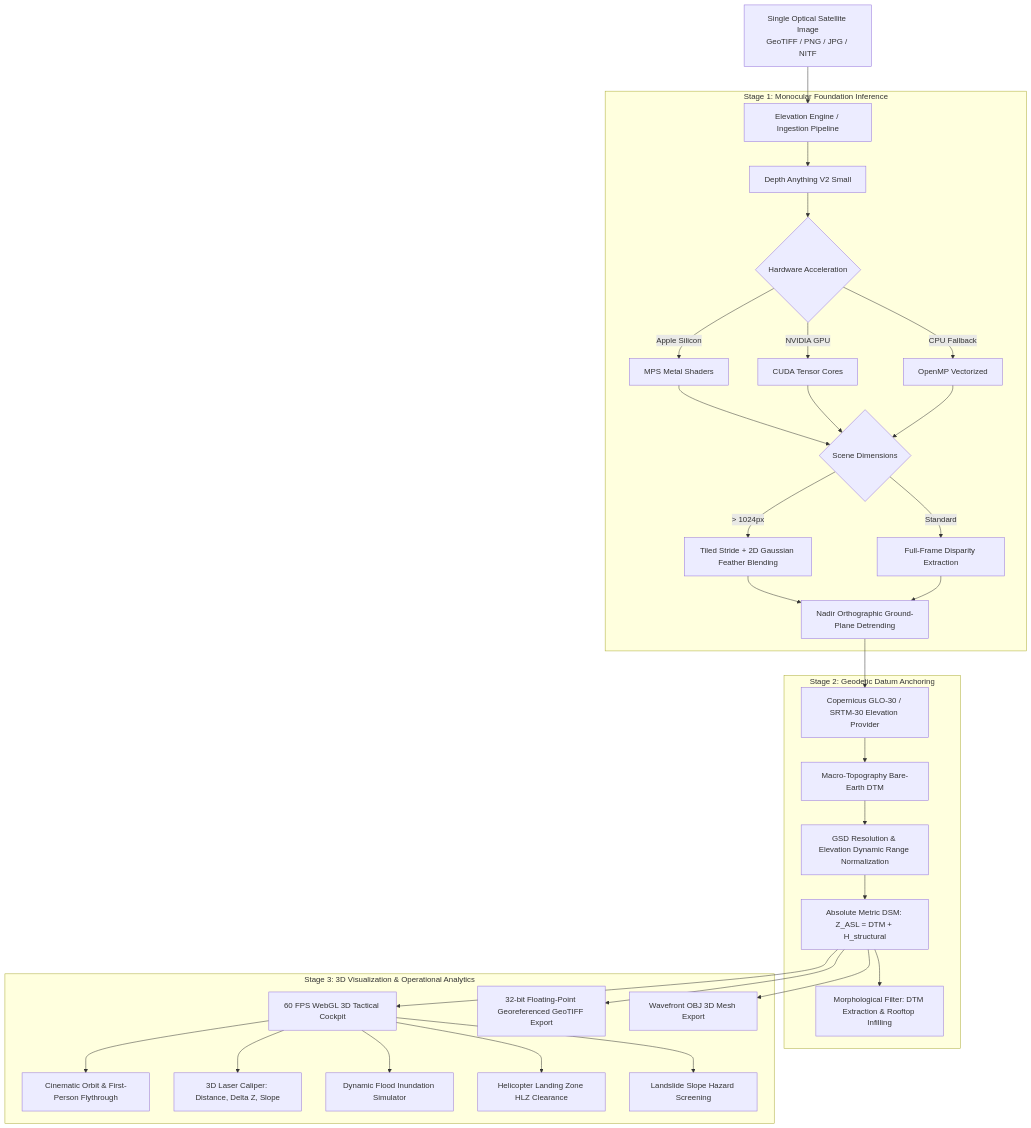
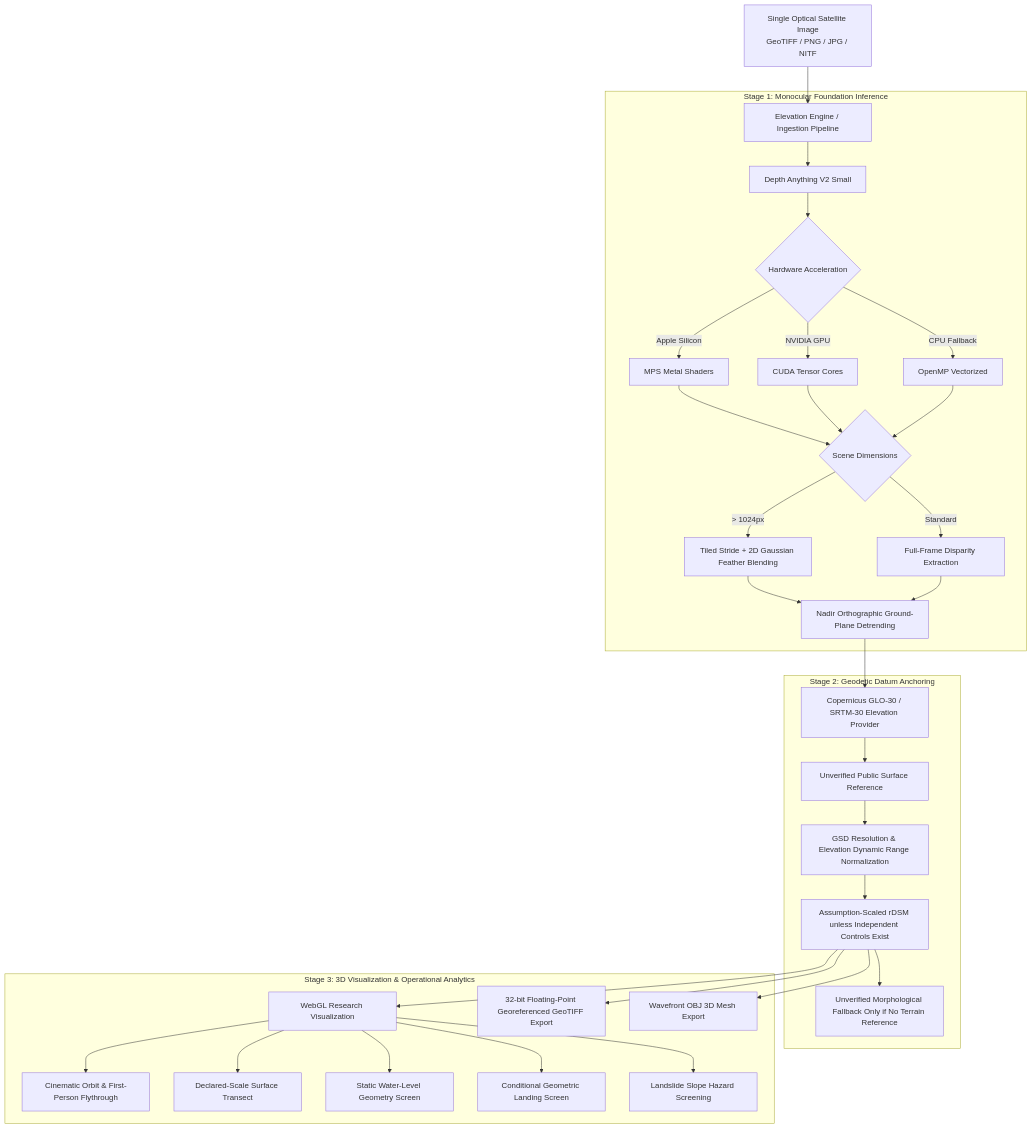
One commit to prudhviraj0310/SIH26175-ISRO-DepthWizard changed the diagram in README.md. Above: the diagram before and after it, drawn with Mermaid. The commit also changed other lines of this file and 21 other files, not shown here.

First line of the commit message:
feat(elevation,terrain): robust IRLS calibration, LOD-1 extraction, and full regression test suite (95/95 passed)

````diff
--- a/README.md
+++ b/README.md
@@ -37,35 +34,35 @@
 ```mermaid
 graph TD
     A[Single Optical Satellite Image<br/>GeoTIFF / PNG / JPG / NITF] --> B[Elevation Engine / Ingestion Pipeline]
     
     subgraph Monocular_Backbone [Stage 1: Monocular Foundation Inference]
         B --> C[Depth Anything V2 Small]
         C --> D{Hardware Acceleration}
         D -->|Apple Silicon| D1[MPS Metal Shaders]
         D -->|NVIDIA GPU| D2[CUDA Tensor Cores]
         D -->|CPU Fallback| D3[OpenMP Vectorized]
         D1 & D2 & D3 --> E{Scene Dimensions}
         E -->|> 1024px| F[Tiled Stride + 2D Gaussian Feather Blending]
         E -->|Standard| G[Full-Frame Disparity Extraction]
         F & G --> H[Nadir Orthographic Ground-Plane Detrending]
     end
 
     subgraph Geodetic_Calibration [Stage 2: Geodetic Datum Anchoring]
         H --> I[Copernicus GLO-30 / SRTM-30 Elevation Provider]
-        I --> J[Macro-Topography Bare-Earth DTM]
+        I --> J[Unverified Public Surface Reference]
         J --> K[GSD Resolution & Elevation Dynamic Range Normalization]
-        K --> L[Absolute Metric DSM: Z_ASL = DTM + H_structural]
-        L --> M[Morphological Filter: DTM Extraction & Rooftop Infilling]
+        K --> L[Assumption-Scaled rDSM unless Independent Controls Exist]
+        L --> M[Unverified Morphological Fallback Only if No Terrain Reference]
     end
 
     subgraph Interactive_Exploitation [Stage 3: 3D Visualization & Operational Analytics]
-        L --> N[60 FPS WebGL 3D Tactical Cockpit]
+        L --> N[WebGL Research Visualization]
         N --> O[Cinematic Orbit & First-Person Flythrough]
-        N --> P[3D Laser Caliper: Distance, Delta Z, Slope]
-        N --> Q[Dynamic Flood Inundation Simulator]
-        N --> R[Helicopter Landing Zone HLZ Clearance]
+        N --> P[Declared-Scale Surface Transect]
+        N --> Q[Static Water-Level Geometry Screen]
+        N --> R[Conditional Geometric Landing Screen]
         N --> S[Landslide Slope Hazard Screening]
         L --> T[32-bit Floating-Point Georeferenced GeoTIFF Export]
         L --> U[Wavefront OBJ 3D Mesh Export]
     end
 ```
````
